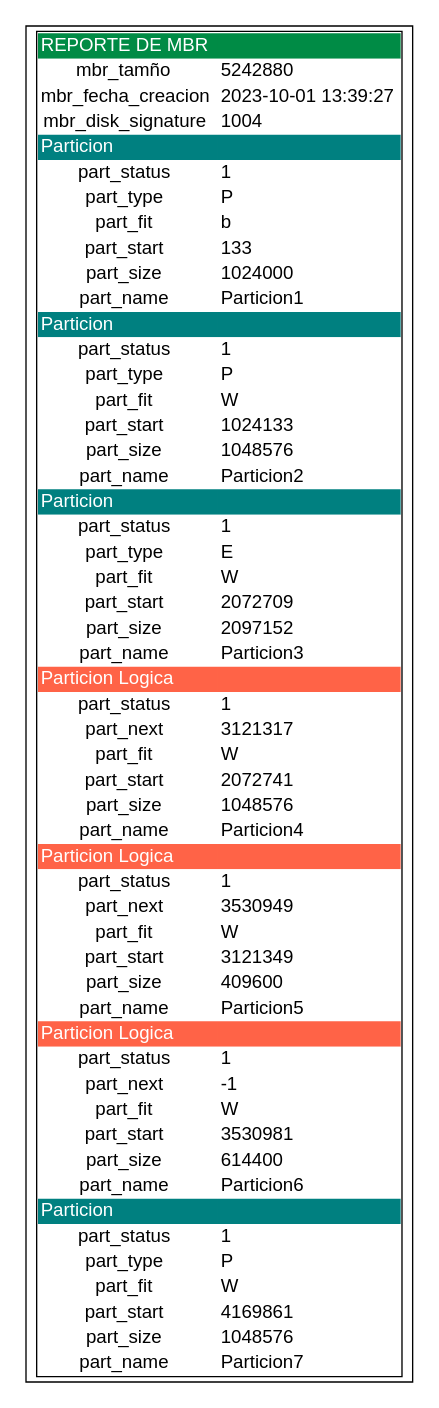
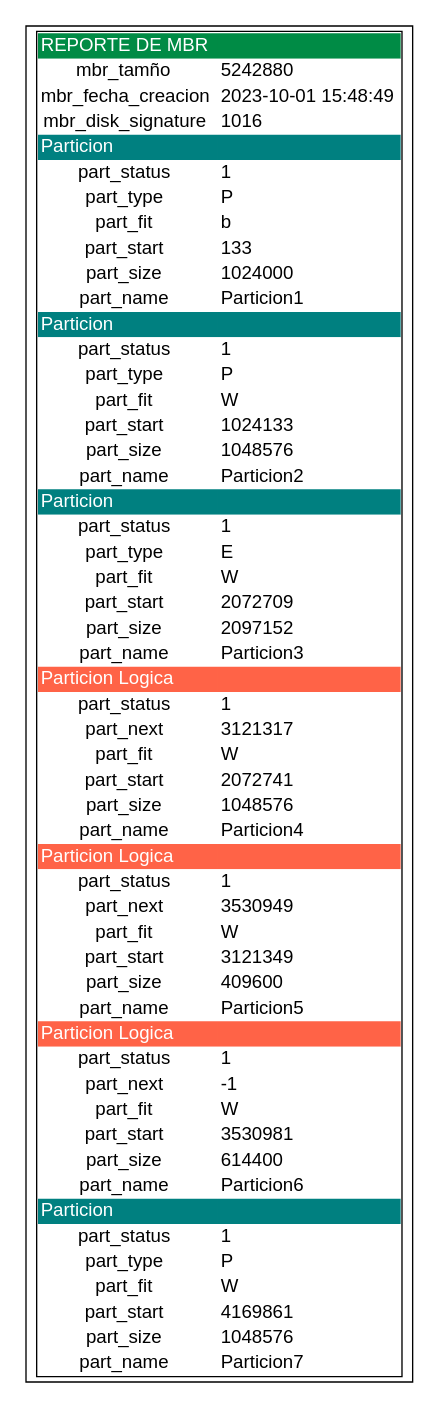
One commit to luis-tavico/MIA_2SP2_202000562 changed the diagram in backend/reportes/reporte_mbr.dot. Above: the diagram before and after it, drawn with Graphviz. The commit also changed 2 other files, not shown here.

```diff
--- a/backend/reportes/reporte_mbr.dot
+++ b/backend/reportes/reporte_mbr.dot
@@ -12,11 +12,11 @@
         </tr>
         <tr>
             <td bgcolor="white" align="center"> mbr_fecha_creacion </td>
-            <td bgcolor="white" align="left"> 2023-10-01 13:39:27 </td>
+            <td bgcolor="white" align="left"> 2023-10-01 15:48:49 </td>
         </tr>
         <tr>
             <td bgcolor="white" align="center"> mbr_disk_signature </td>
-            <td bgcolor="white" align="left"> 1004 </td>
+            <td bgcolor="white" align="left"> 1016 </td>
         </tr>
         <tr>
             <td bgcolor="teal" align="left"><font color="white"> Particion </font></td>
```
